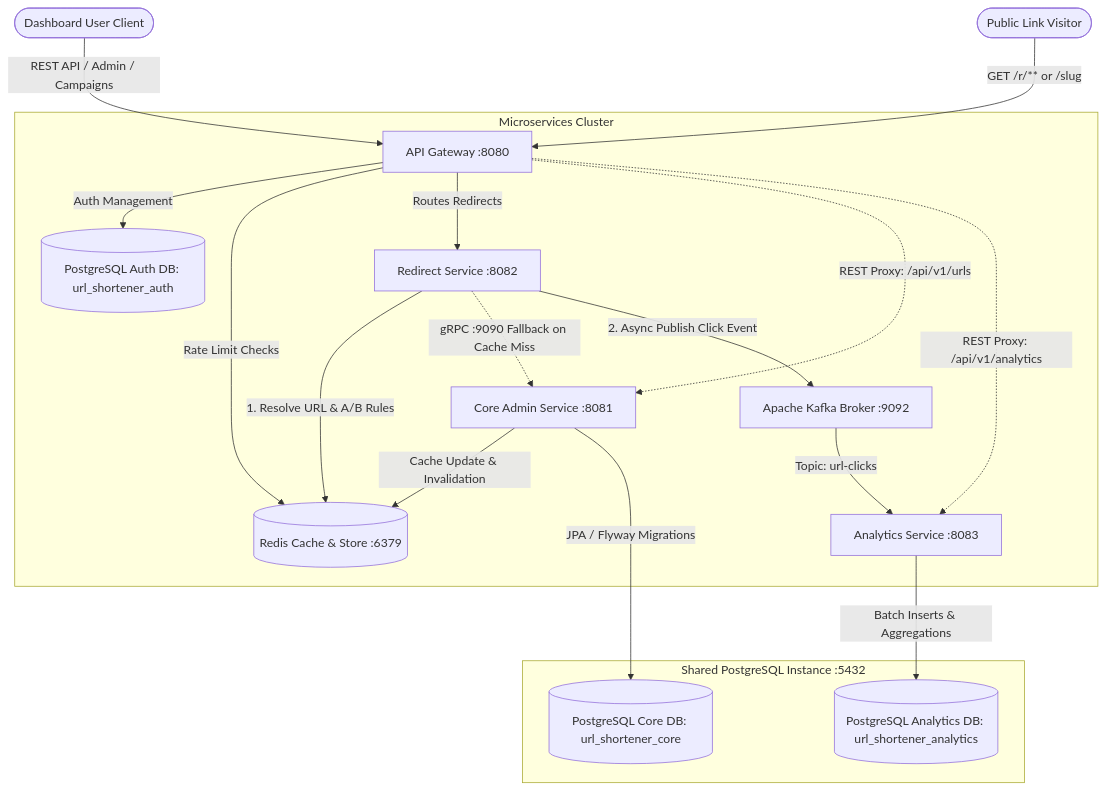
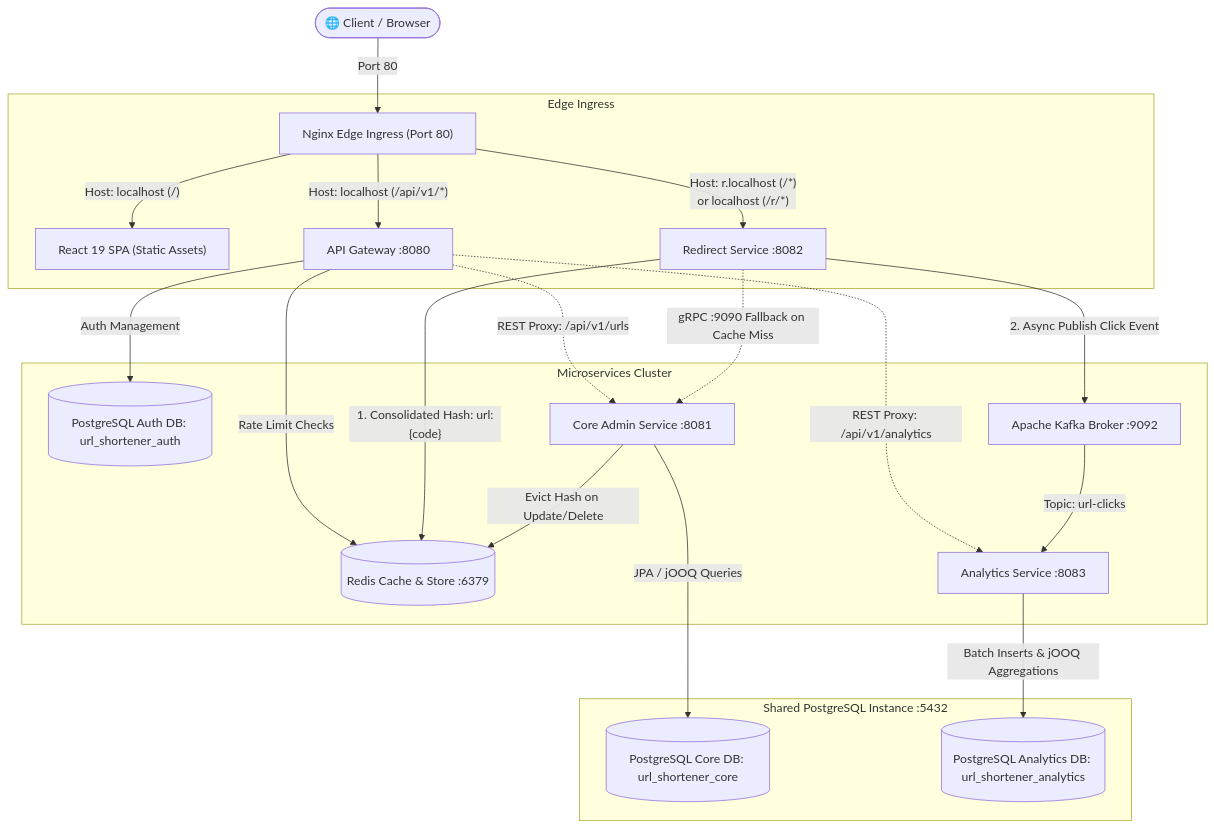
Before and after one commit to TheFastest599/url-shortener: the first of 3 diagrams in docs/smart_routing_campaigns_and_ab_testing_master_guide.md, drawn with Mermaid. The commit also changed other lines of this file and 32 other files, not shown here.

````diff
--- a/docs/smart_routing_campaigns_and_ab_testing_master_guide.md
+++ b/docs/smart_routing_campaigns_and_ab_testing_master_guide.md
@@ -30,29 +30,33 @@
 ```mermaid
 graph TD
-    UserClient([Dashboard User Client]) -->|"REST API / Admin / Campaigns"| Gateway[API Gateway :8080]
-    PublicVisitor([Public Link Visitor]) -->|"GET /r/** or /slug"| Gateway
+    ClientBrowser(["🌐 Client / Browser"]) -->|Port 80| Nginx["Nginx Edge Ingress (Port 80)"]
+
+    subgraph Edge Ingress
+        Nginx -->|"Host: localhost (/)"| ReactSPA["React 19 SPA (Static Assets)"]
+        Nginx -->|"Host: localhost (/api/v1/*)"| Gateway[API Gateway :8080]
+        Nginx -->|"Host: r.localhost (/*)<br/>or localhost (/r/*)"| RedirectService[Redirect Service :8082]
+    end
 
     subgraph Microservices Cluster
         Gateway -->|"Auth Management"| DB_Auth[(PostgreSQL Auth DB: url_shortener_auth)]
         Gateway -->|"Rate Limit Checks"| RedisShared[(Redis Cache & Store :6379)]
-        Gateway -->|"Routes Redirects"| RedirectService[Redirect Service :8082]
         Gateway -.->|"REST Proxy: /api/v1/urls"| CoreService[Core Admin Service :8081]
         Gateway -.->|"REST Proxy: /api/v1/analytics"| AnalyticsService[Analytics Service :8083]
 
-        RedirectService -->|"1. Resolve URL & A/B Rules"| RedisShared
+        RedirectService -->|"1. Consolidated Hash: url:{code}"| RedisShared
         RedirectService -.->|"gRPC :9090 Fallback on Cache Miss"| CoreService
         RedirectService -->|"2. Async Publish Click Event"| KafkaBroker[Apache Kafka Broker :9092]
 
-        CoreService -->|"Cache Update & Invalidation"| RedisShared
+        CoreService -->|"Evict Hash on Update/Delete"| RedisShared
         KafkaBroker -->|"Topic: url-clicks"| AnalyticsService
     end
 
     subgraph Shared PostgreSQL Instance :5432
         DB_Auth
         DB_Core[(PostgreSQL Core DB: url_shortener_core)]
         DB_Analytics[(PostgreSQL Analytics DB: url_shortener_analytics)]
     end
 
-    CoreService -->|"JPA / Flyway Migrations"| DB_Core
-    AnalyticsService -->|"Batch Inserts & Aggregations"| DB_Analytics
+    CoreService -->|"JPA / jOOQ Queries"| DB_Core
+    AnalyticsService -->|"Batch Inserts & jOOQ Aggregations"| DB_Analytics
 ```
````
